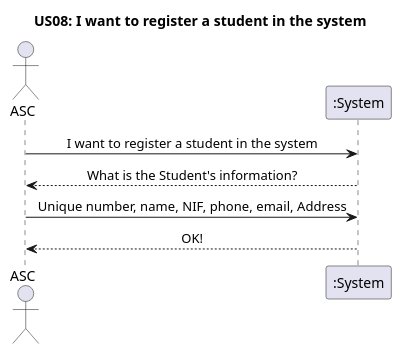
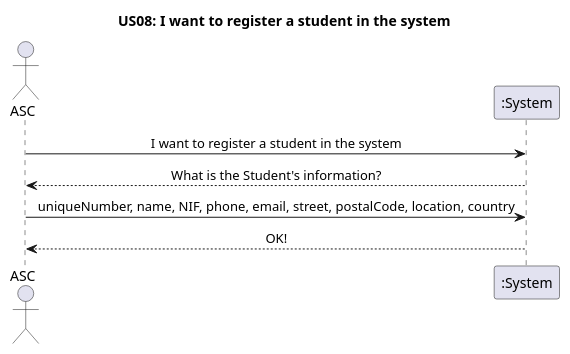
Before and after one commit to GasparISEP/DevOps-PAI: the diagram in docs/US08/US08_RegisterStudentInSystem_SSD.puml, drawn with PlantUML. The commit also changed 5 other files, not shown here.

Commit message:
Fix #118: Finished US08 diagrams

```diff
--- a/docs/US08/US08_RegisterStudentInSystem_SSD.puml
+++ b/docs/US08/US08_RegisterStudentInSystem_SSD.puml
@@ -1,15 +1,15 @@
 @startuml
 'https://plantuml.com/sequence-diagram
 
 skinparam sequenceMessageAlign center
 
 title US08: I want to register a student in the system
 actor ASC
 participant ":System" as System
 
 ASC -> System: I want to register a student in the system
 System --> ASC: What is the Student's information?
-ASC -> System: Unique number, name, NIF, phone, email, Address
+ASC -> System: uniqueNumber, name, NIF, phone, email, street, postalCode, location, country
 System --> ASC: OK!
 
 @enduml
```
